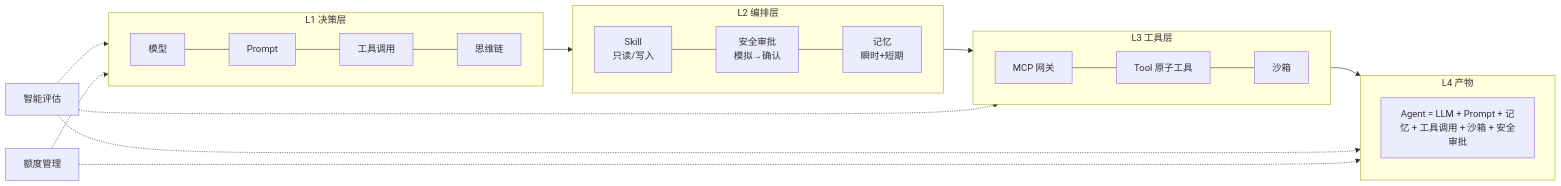
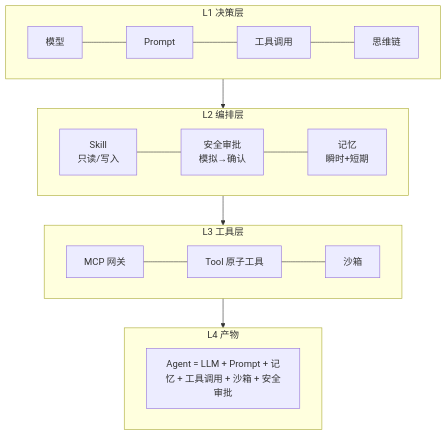
One commit to fri555/PORTL changed the third of 12 diagrams in docs/需求文档/20260709-【PRD】AI工作台-首页智能体-天马智擎.md. Above: the diagram before and after it, drawn with Mermaid. The commit also changed other lines of this file, not shown here.

````diff
--- a/docs/需求文档/20260709-【PRD】AI工作台-首页智能体-天马智擎.md
+++ b/docs/需求文档/20260709-【PRD】AI工作台-首页智能体-天马智擎.md
@@ -362,24 +362,19 @@
 ```mermaid
-graph LR
+graph TB
     subgraph L1["L1 决策层"]
         direction LR
         M["模型"] --- P["Prompt"] --- FC["工具调用"] --- CoT["思维链"]
     end
     subgraph L2["L2 编排层"]
         direction LR
         SK["Skill<br/>只读/写入"] --- SA["安全审批<br/>模拟→确认"] --- ME["记忆<br/>瞬时+短期"]
     end
     subgraph L3["L3 工具层"]
         direction LR
         GW["MCP 网关"] --- TL["Tool 原子工具"] --- SB["沙箱"]
     end
     subgraph L4["L4 产物"]
         AG["Agent = LLM + Prompt + 记忆 + 工具调用 + 沙箱 + 安全审批"]
     end
     L1 --> L2 --> L3 --> L4
-    EV["智能评估"] -.-> L1
-    EV -.-> L3
-    EV -.-> L4
-    QT["额度管理"] -.-> L1
-    QT -.-> L4
 ```
````
